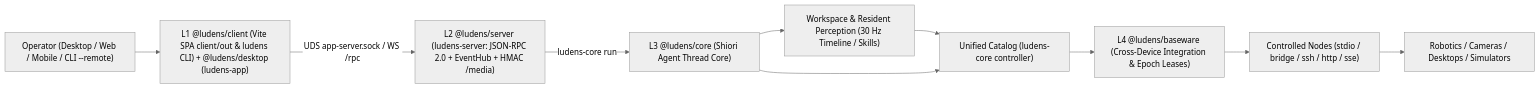
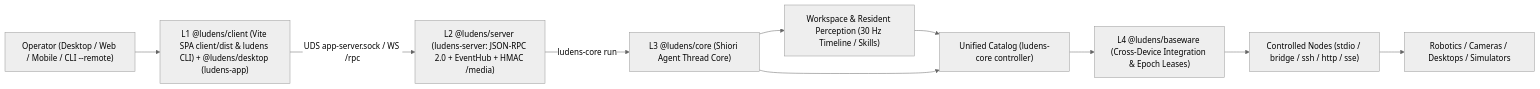
The diagram in docs/en/concepts/overview.md (Arkevo-Lab/Ludens), drawn with Mermaid (neutral theme) before and after one commit. The commit also changed other lines of this file and 12 other files, not shown here.

Commit message:
docs: sync bilingual docs and plan for dev/prod script architecture

````diff
--- a/docs/en/concepts/overview.md
+++ b/docs/en/concepts/overview.md
@@ -19,12 +19,12 @@
 ```mermaid
 flowchart LR
-    U["Operator (Desktop / Web / Mobile / CLI --remote)"] --> Con["L1 @ludens/client (Vite SPA client/out & ludens CLI) + @ludens/desktop (ludens-app)"]
+    U["Operator (Desktop / Web / Mobile / CLI --remote)"] --> Con["L1 @ludens/client (Vite SPA client/dist & ludens CLI) + @ludens/desktop (ludens-app)"]
     Con -->|"UDS app-server.sock / WS /rpc"| Srv["L2 @ludens/server (ludens-server: JSON-RPC 2.0 + EventHub + HMAC /media)"]
     Srv -->|"ludens-core run"| Sh["L3 @ludens/core (Shiori Agent Thread Core)"]
     Sh --> Ws["Workspace & Resident Perception (30 Hz Timeline / Skills)"]
     Ws --> Cat["Unified Catalog (ludens-core controller)"]
     Sh --> Cat
     Cat --> Bw["L4 @ludens/baseware (Cross-Device Integration & Epoch Leases)"]
     Bw --> Nodes["Controlled Nodes (stdio / bridge / ssh / http / sse)"]
     Nodes --> Targets["Robotics / Cameras / Desktops / Simulators"]
 ```
````
